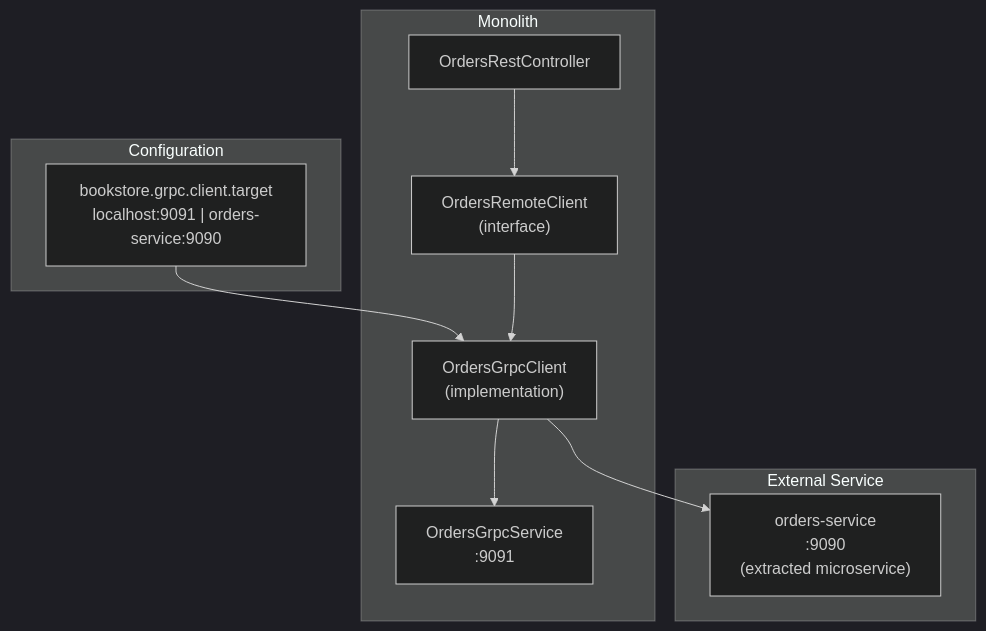
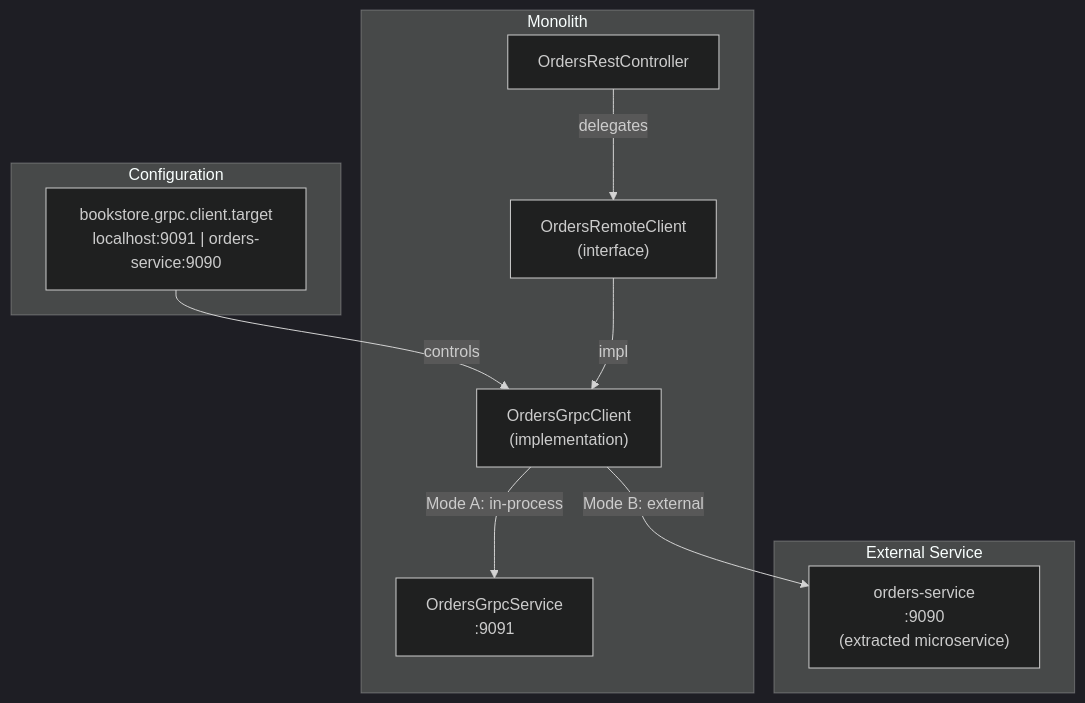
Before and after one commit to philipz/spring-modular-monolith: the third of 3 diagrams in docs/deepwiki/API-Documentation.md, drawn with Mermaid (dark theme). The commit also changed other lines of this file and 55 other files, not shown here.

````diff
--- a/docs/deepwiki/API-Documentation.md
+++ b/docs/deepwiki/API-Documentation.md
@@ -206,31 +206,31 @@
 ```mermaid
 flowchart TD
 
 RestController["OrdersRestController"]
 RemoteClient["OrdersRemoteClient<br>(interface)"]
 GrpcClient["OrdersGrpcClient<br>(implementation)"]
 GrpcServer["OrdersGrpcService<br>:9091"]
 OrdersService["orders-service<br>:9090<br>(extracted microservice)"]
 Target["bookstore.grpc.client.target<br>localhost:9091 | orders-service:9090"]
 
-GrpcClient --> OrdersService
-Target --> GrpcClient
+GrpcClient -->|"Mode B: external"| OrdersService
+Target -->|"controls"| GrpcClient
 
 subgraph Configuration ["Configuration"]
     Target
 end
 
 subgraph subGraph1 ["External Service"]
     OrdersService
 end
 
 subgraph Monolith ["Monolith"]
     RestController
     RemoteClient
     GrpcClient
     GrpcServer
-    RestController --> RemoteClient
-    RemoteClient --> GrpcClient
-    GrpcClient --> GrpcServer
+    RestController -->|"delegates"| RemoteClient
+    RemoteClient -->|"impl"| GrpcClient
+    GrpcClient -->|"Mode A: in-process"| GrpcServer
 end
 ```
````
